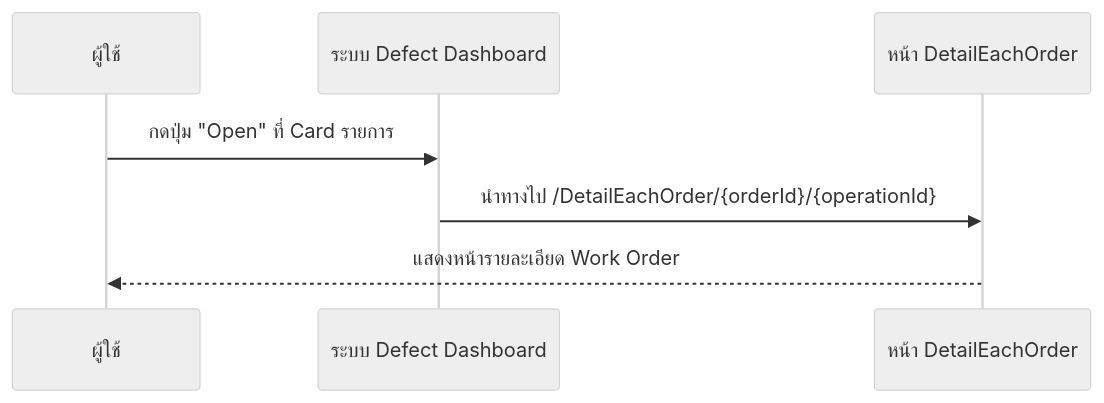
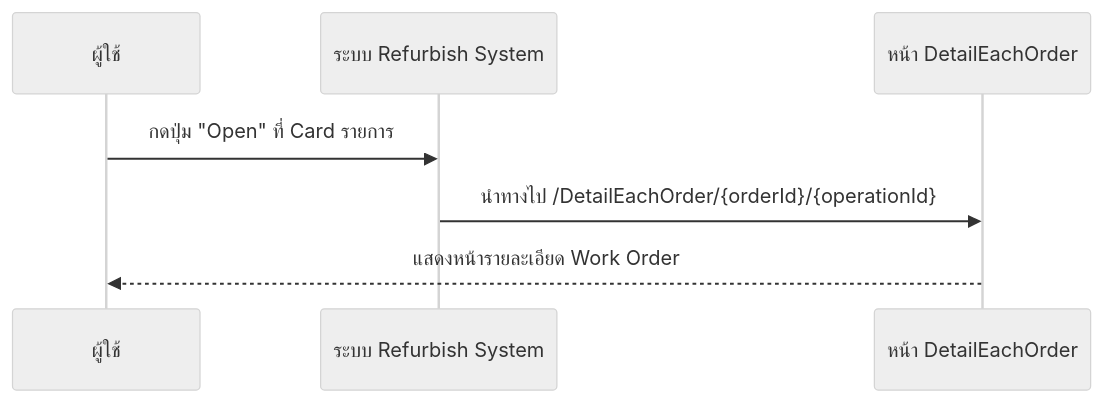
One commit to akkdach/pro-iot-mobile changed the third of 5 diagrams in docs/DefectDashboard_SequenceDiagram.md. Above: the diagram before and after it, drawn with Mermaid (neutral theme). The commit also changed other lines of this file and 2 other files, not shown here.

````diff
--- a/docs/DefectDashboard_SequenceDiagram.md
+++ b/docs/DefectDashboard_SequenceDiagram.md
@@ -38,10 +38,10 @@
 ```mermaid
 sequenceDiagram
     participant U as ผู้ใช้
-    participant DD as ระบบ Defect Dashboard
+    participant DD as ระบบ Refurbish System
     participant Detail as หน้า DetailEachOrder
 
     U->>DD: กดปุ่ม "Open" ที่ Card รายการ
     DD->>Detail: นำทางไป /DetailEachOrder/{orderId}/{operationId}
     Detail-->>U: แสดงหน้ารายละเอียด Work Order
 ```
````
